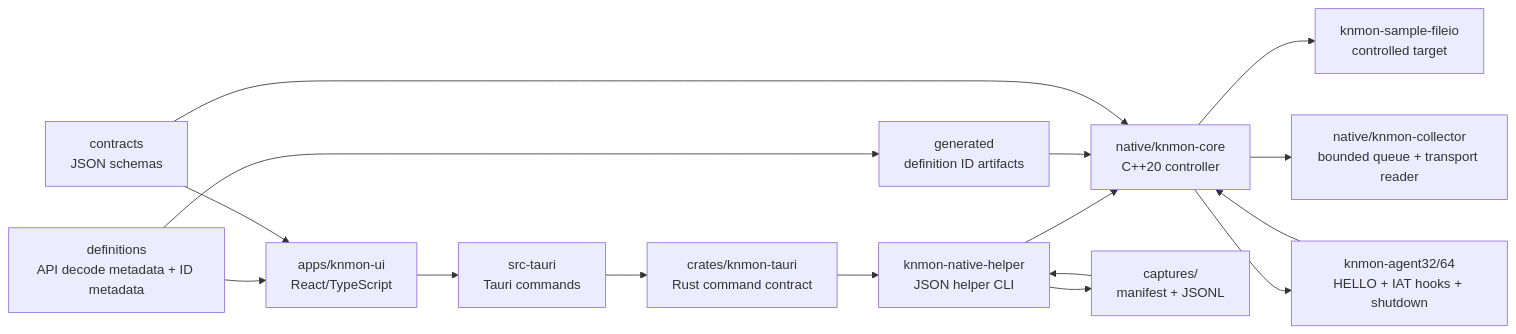
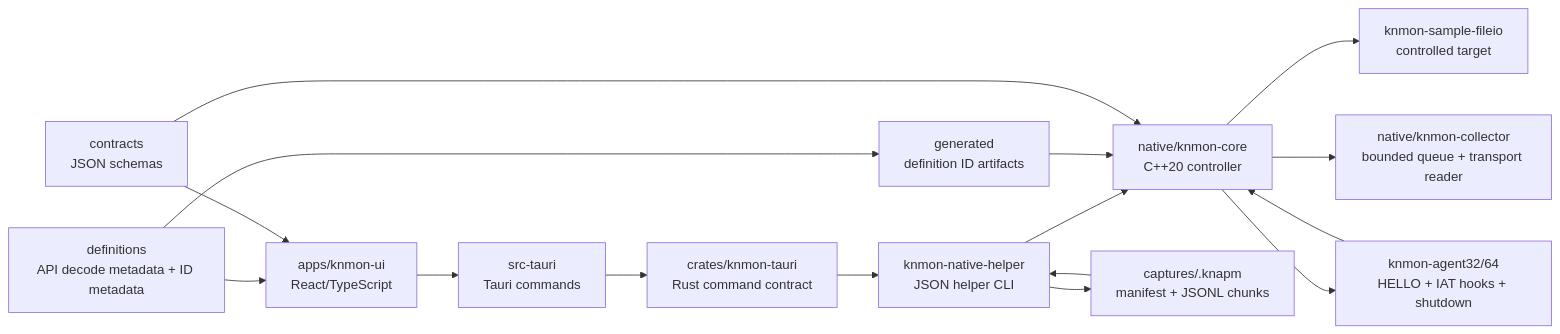
Before and after one commit to kernullist/KnWin32ApiMonitor: the diagram in docs/architecture.md, drawn with Mermaid. The commit also changed other lines of this file and 61 other files, not shown here.

````diff
--- a/docs/architecture.md
+++ b/docs/architecture.md
@@ -13,31 +13,31 @@
 ```mermaid
 flowchart LR
     UI["apps/knmon-ui<br/>React/TypeScript"]
     TAURI["src-tauri<br/>Tauri commands"]
     RUST["crates/knmon-tauri<br/>Rust command contract"]
     CORE["native/knmon-core<br/>C++20 controller"]
     COL["native/knmon-collector<br/>bounded queue + transport reader"]
     HELPER["knmon-native-helper<br/>JSON helper CLI"]
     SAMPLE["knmon-sample-fileio<br/>controlled target"]
     AGENT["knmon-agent32/64<br/>HELLO + IAT hooks + shutdown"]
-    SESSION["captures/<br/>manifest + JSONL"]
+    SESSION["captures/.knapm<br/>manifest + JSONL chunks"]
     DEF["definitions<br/>API decode metadata + ID metadata"]
     GEN["generated<br/>definition ID artifacts"]
     CONTRACT["contracts<br/>JSON schemas"]
 
     UI --> TAURI
     TAURI --> RUST
     RUST --> HELPER
     HELPER --> CORE
     CORE --> SAMPLE
     CORE --> AGENT
     AGENT --> CORE
     CORE --> COL
     HELPER --> SESSION
     SESSION --> HELPER
     DEF --> GEN
     GEN --> CORE
     DEF --> UI
     CONTRACT --> UI
     CONTRACT --> CORE
 ```
````
